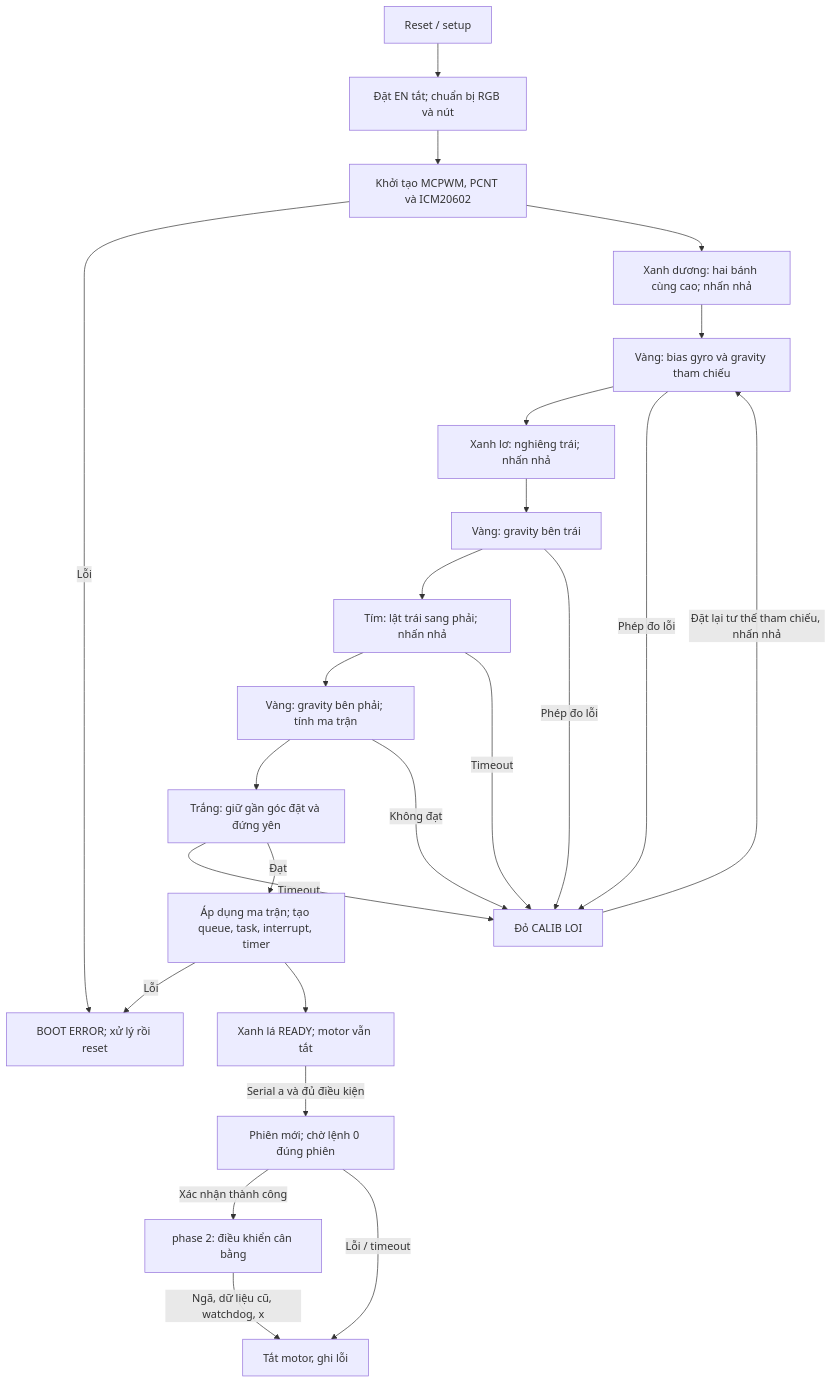
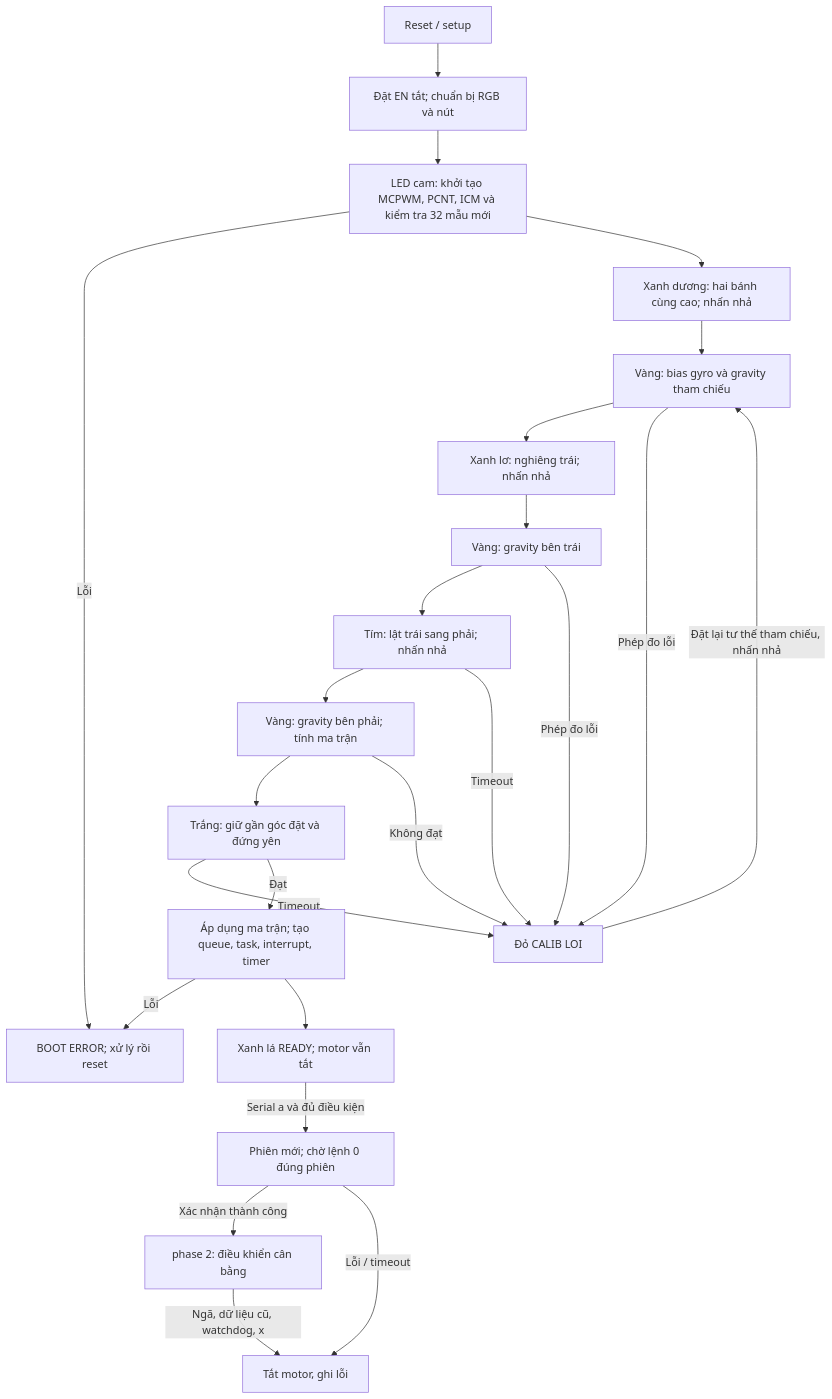
Before and after one commit to ErikDrake2005/2-Wheels-Balancing-Robot: the diagram in docs/DOI_CHIEU_SO_DO_VA_FLOW_CALIB.md, drawn with Mermaid. The commit also changed other lines of this file and 86 other files, not shown here.

````diff
--- a/docs/DOI_CHIEU_SO_DO_VA_FLOW_CALIB.md
+++ b/docs/DOI_CHIEU_SO_DO_VA_FLOW_CALIB.md
@@ -80,26 +87,26 @@
 ```mermaid
 flowchart TD
     A[Reset / setup] --> B[Đặt EN tắt; chuẩn bị RGB và nút]
-    B --> C[Khởi tạo MCPWM, PCNT và ICM20602]
+    B --> C[LED cam: khởi tạo MCPWM, PCNT, ICM và kiểm tra 32 mẫu mới]
     C -->|Lỗi| E[BOOT ERROR; xử lý rồi reset]
     C --> D[Xanh dương: hai bánh cùng cao; nhấn nhả]
     D --> F[Vàng: bias gyro và gravity tham chiếu]
     F --> G[Xanh lơ: nghiêng trái; nhấn nhả]
     G --> H[Vàng: gravity bên trái]
     H --> I[Tím: lật trái sang phải; nhấn nhả]
     I --> J[Vàng: gravity bên phải; tính ma trận]
     J --> K[Trắng: giữ gần góc đặt và đứng yên]
     F -->|Phép đo lỗi| R[Đỏ CALIB LOI]
     H -->|Phép đo lỗi| R
     I -->|Timeout| R
     J -->|Không đạt| R
     K -->|Timeout| R
     R -->|Đặt lại tư thế tham chiếu, nhấn nhả| F
     K -->|Đạt| L[Áp dụng ma trận; tạo queue, task, interrupt, timer]
     L -->|Lỗi| E
     L --> M[Xanh lá READY; motor vẫn tắt]
     M -->|Serial a và đủ điều kiện| N[Phiên mới; chờ lệnh 0 đúng phiên]
     N -->|Xác nhận thành công| O[phase 2: điều khiển cân bằng]
     N -->|Lỗi / timeout| P[Tắt motor, ghi lỗi]
     O -->|Ngã, dữ liệu cũ, watchdog, x| P
 ```
````
